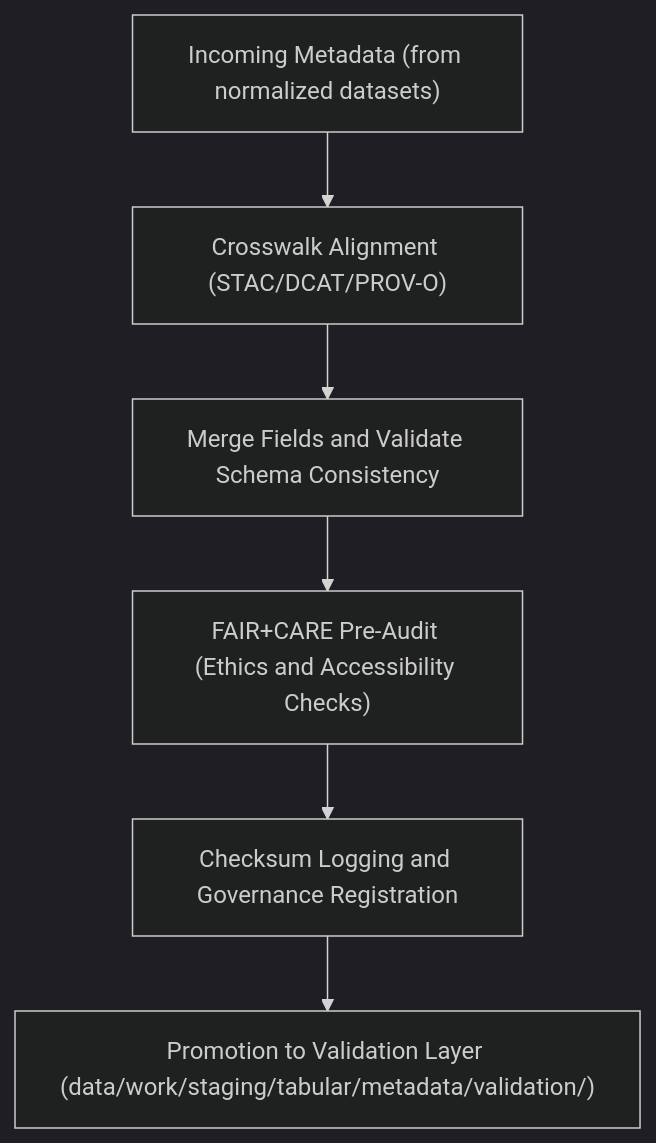
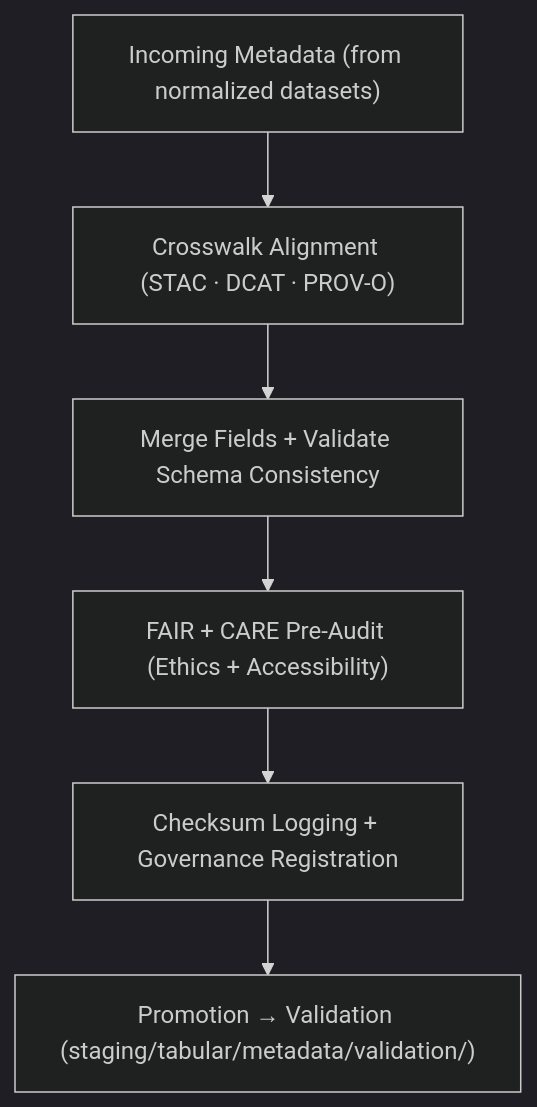
The diagram in data/work/staging/tabular/metadata/tmp/README.md (bartytime4life/Kansas-Frontier-Matrix), drawn with Mermaid (dark theme) before and after one commit. The commit also changed other lines of this file, not shown here.

````diff
--- a/data/work/staging/tabular/metadata/tmp/README.md
+++ b/data/work/staging/tabular/metadata/tmp/README.md
@@ -63,8 +66,8 @@
 ```mermaid
 flowchart TD
-    A["Incoming Metadata (from normalized datasets)"] --> B["Crosswalk Alignment (STAC/DCAT/PROV-O)"]
-    B --> C["Merge Fields and Validate Schema Consistency"]
-    C --> D["FAIR+CARE Pre-Audit (Ethics and Accessibility Checks)"]
-    D --> E["Checksum Logging and Governance Registration"]
-    E --> F["Promotion to Validation Layer (data/work/staging/tabular/metadata/validation/)"]
+    A["Incoming Metadata (from normalized datasets)"] --> B["Crosswalk Alignment (STAC · DCAT · PROV-O)"]
+    B --> C["Merge Fields + Validate Schema Consistency"]
+    C --> D["FAIR + CARE Pre-Audit (Ethics + Accessibility)"]
+    D --> E["Checksum Logging + Governance Registration"]
+    E --> F["Promotion → Validation (staging/tabular/metadata/validation/)"]
 ```
````
